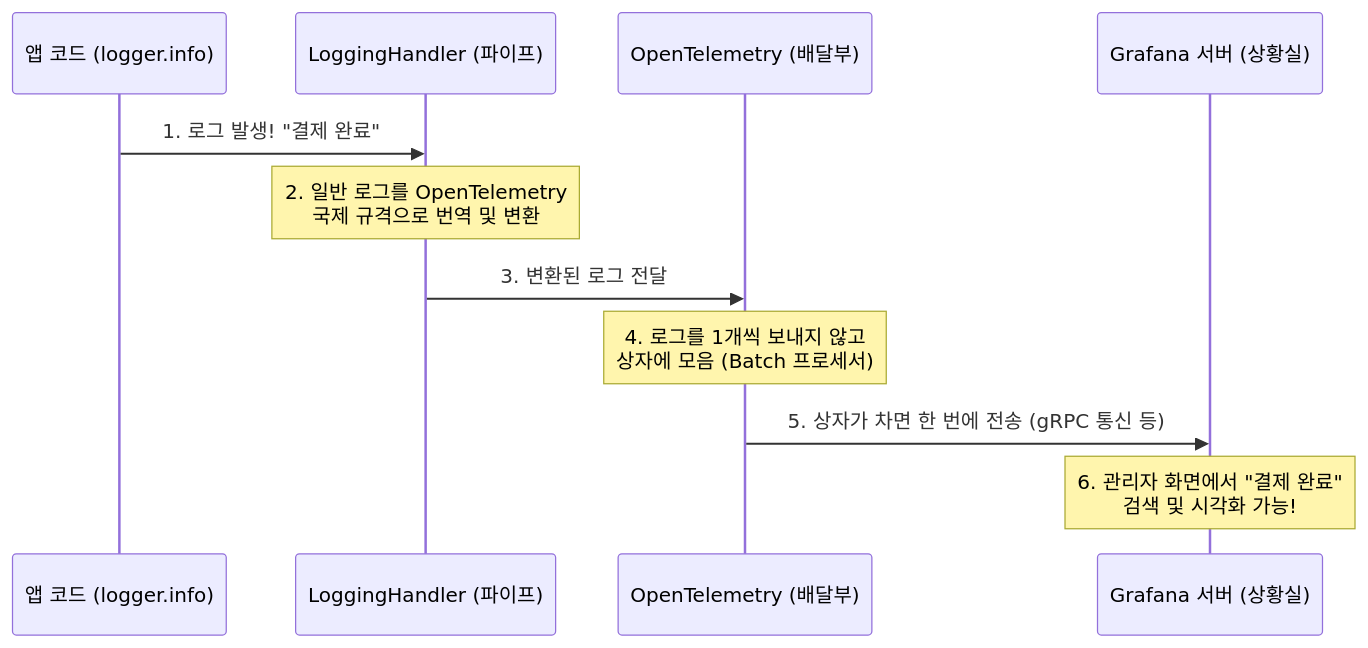
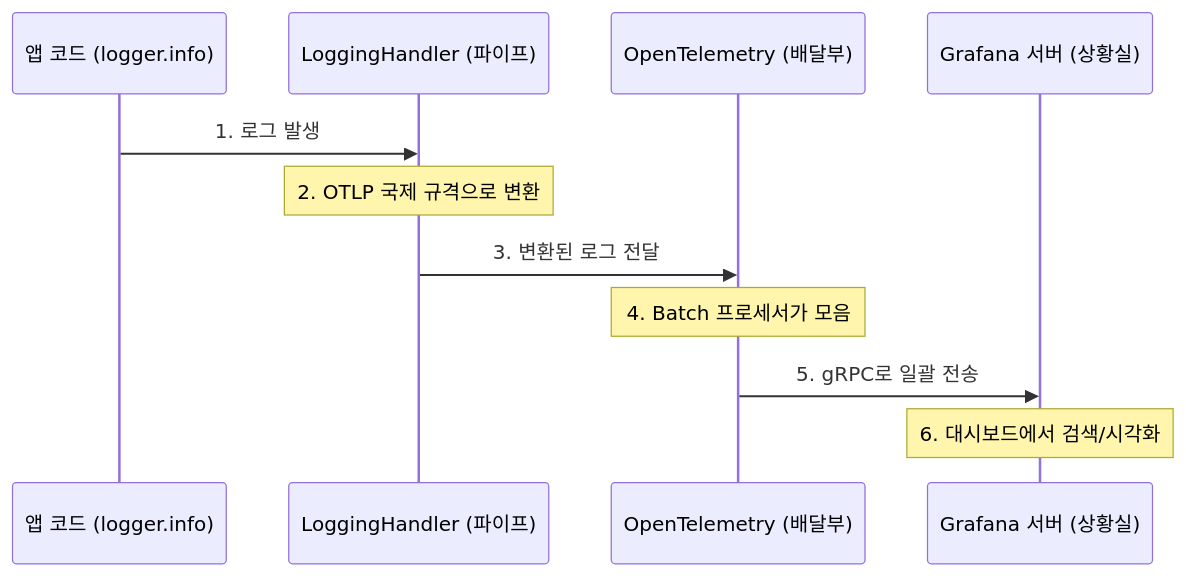
The fourth of 4 diagrams in README.md (leodev901/mcp-mail), drawn with Mermaid before and after one commit. The commit also changed other lines of this file, not shown here.

````diff
--- a/README.md
+++ b/README.md
@@ -254,14 +425,14 @@
 ```mermaid
 sequenceDiagram
     participant App as 앱 코드 (logger.info)
     participant Handler as LoggingHandler (파이프)
     participant OTLP as OpenTelemetry (배달부)
     participant Grafana as Grafana 서버 (상황실)
-    
-    App->>Handler: 1. 로그 발생! "결제 완료"
-    note over Handler: 2. 일반 로그를 OpenTelemetry<br/>국제 규격으로 번역 및 변환
+
+    App->>Handler: 1. 로그 발생
+    note over Handler: 2. OTLP 국제 규격으로 변환
     Handler->>OTLP: 3. 변환된 로그 전달
-    note over OTLP: 4. 로그를 1개씩 보내지 않고<br/>상자에 모음 (Batch 프로세서)
-    OTLP->>Grafana: 5. 상자가 차면 한 번에 전송 (gRPC 통신 등)
-    note over Grafana: 6. 관리자 화면에서 "결제 완료"<br/>검색 및 시각화 가능!
+    note over OTLP: 4. Batch 프로세서가 모음
+    OTLP->>Grafana: 5. gRPC로 일괄 전송
+    note over Grafana: 6. 대시보드에서 검색/시각화
 ```
````
